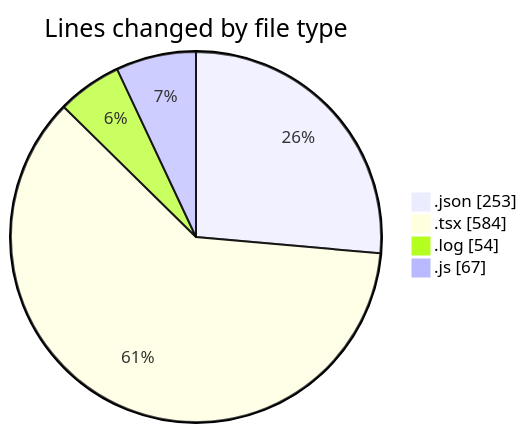
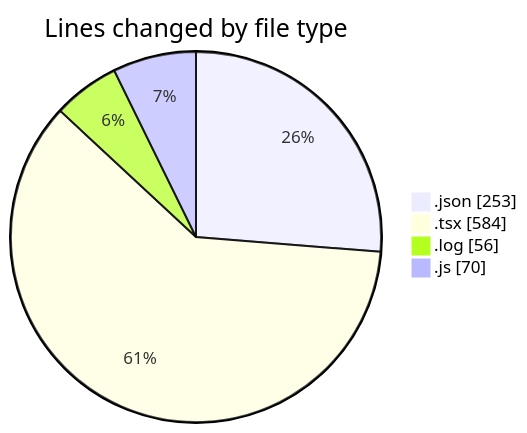
Before and after one commit to momahboobian/code-tracking: the first of 2 diagrams in 2026-03-24/cda/README.md, drawn with Mermaid. The commit also changed other lines of this file and 1 other file, not shown here.

````diff
--- a/2026-03-24/cda/README.md
+++ b/2026-03-24/cda/README.md
@@ -26,8 +26,8 @@
 ```mermaid
 pie showData
 title Lines changed by file type
 ".json" : 253
 ".tsx" : 584
-".log" : 54
-".js" : 67
+".log" : 56
+".js" : 70
 ```
````
